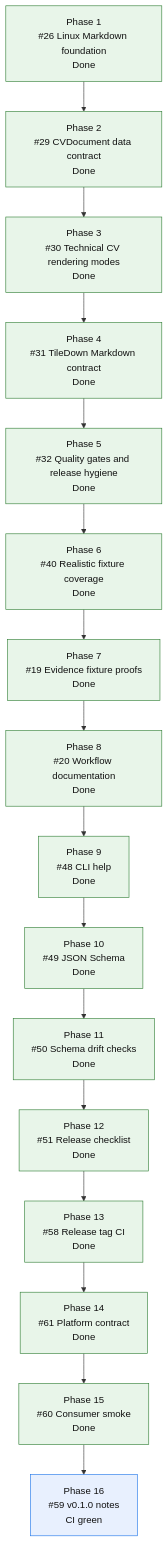
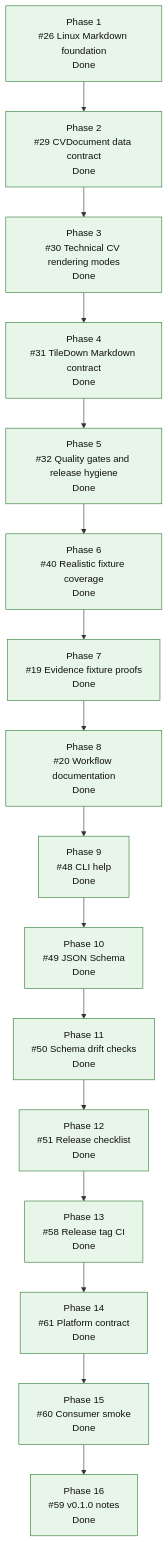
Before and after one commit to mihaelamj/cvbuilder: the diagram in README.md, drawn with Mermaid. The commit also changed other lines of this file and 1 other file, not shown here.

Commit message:
docs(roadmap): mark release hardening epic complete
Completes #57.

````diff
--- a/README.md
+++ b/README.md
@@ -167,31 +167,30 @@
 ```mermaid
 flowchart TD
     P1["Phase 1<br/>#26 Linux Markdown foundation<br/>Done"]
     P2["Phase 2<br/>#29 CVDocument data contract<br/>Done"]
     P3["Phase 3<br/>#30 Technical CV rendering modes<br/>Done"]
     P4["Phase 4<br/>#31 TileDown Markdown contract<br/>Done"]
     P5["Phase 5<br/>#32 Quality gates and release hygiene<br/>Done"]
     P6["Phase 6<br/>#40 Realistic fixture coverage<br/>Done"]
     P7["Phase 7<br/>#19 Evidence fixture proofs<br/>Done"]
     P8["Phase 8<br/>#20 Workflow documentation<br/>Done"]
     P9["Phase 9<br/>#48 CLI help<br/>Done"]
     P10["Phase 10<br/>#49 JSON Schema<br/>Done"]
     P11["Phase 11<br/>#50 Schema drift checks<br/>Done"]
     P12["Phase 12<br/>#51 Release checklist<br/>Done"]
     P13["Phase 13<br/>#58 Release tag CI<br/>Done"]
     P14["Phase 14<br/>#61 Platform contract<br/>Done"]
     P15["Phase 15<br/>#60 Consumer smoke<br/>Done"]
-    P16["Phase 16<br/>#59 v0.1.0 notes<br/>CI green"]
+    P16["Phase 16<br/>#59 v0.1.0 notes<br/>Done"]
 
     P1 --> P2 --> P3 --> P4 --> P5 --> P6 --> P7 --> P8 --> P9 --> P10 --> P11 --> P12 --> P13 --> P14 --> P15 --> P16
 
     classDef done fill:#e8f5e9,stroke:#2e7d32,color:#111;
     classDef active fill:#fff3e0,stroke:#ef6c00,color:#111;
     classDef review fill:#e8f0fe,stroke:#1a73e8,color:#111;
     classDef next fill:#fff8e1,stroke:#f9a825,color:#111;
     classDef partial fill:#e0f7fa,stroke:#00838f,color:#111;
     classDef todo fill:#eef3ff,stroke:#3367d6,color:#111;
     class P1,P2,P3,P4 done;
-    class P5,P6,P7,P8,P9,P10,P11,P12,P13,P14,P15 done;
-    class P16 review;
+    class P5,P6,P7,P8,P9,P10,P11,P12,P13,P14,P15,P16 done;
 ```
````
